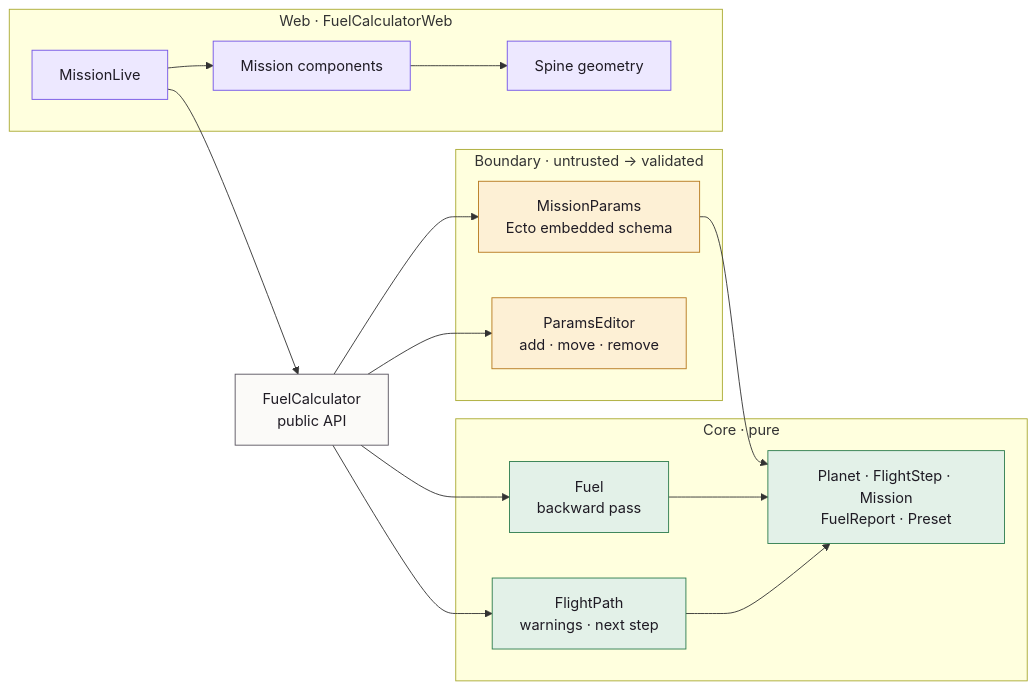
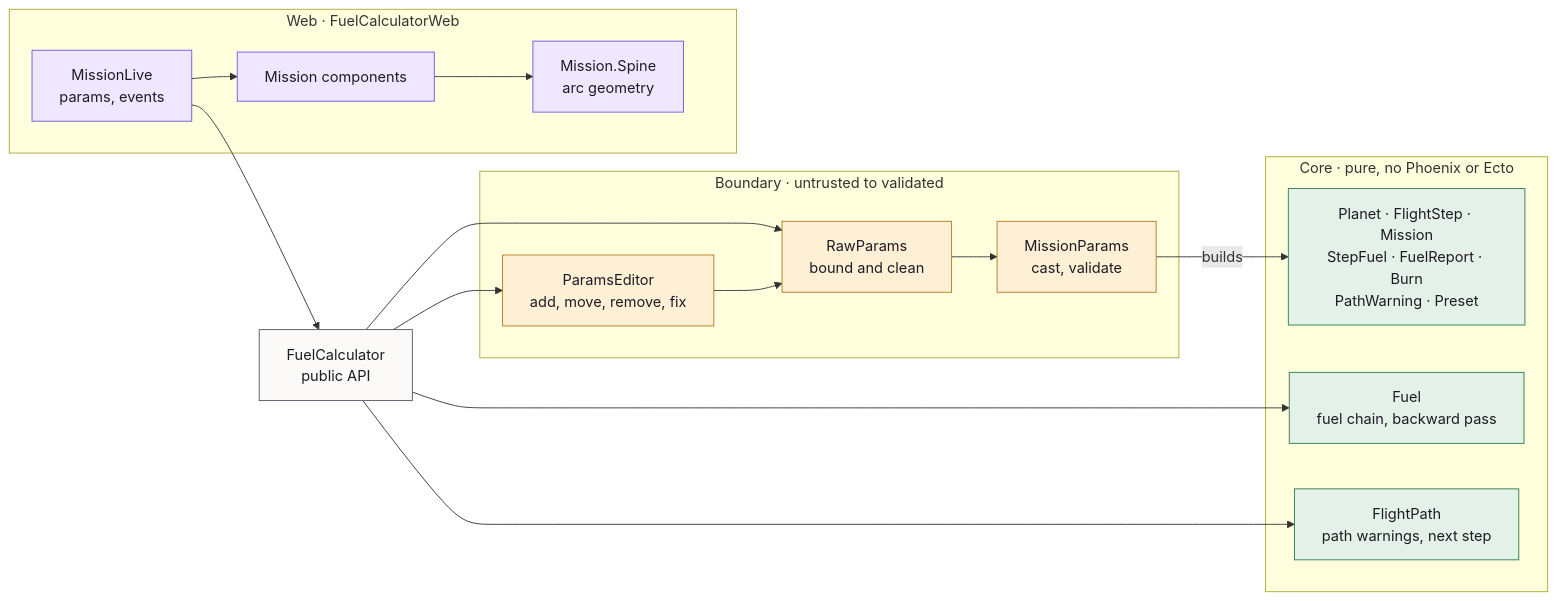
Before and after one commit to mariuszzak/fuel_calculator: the second of 3 diagrams in README.md, drawn with Mermaid. The commit also changed other lines of this file and 4 other files, not shown here.

````diff
--- a/README.md
+++ b/README.md
@@ -78,29 +113,37 @@
 ```mermaid
 flowchart LR
     classDef web fill:#EDE8FF,stroke:#7354E8,color:#1F1B24
-    classDef ctx fill:#FBFAF8,stroke:#5A5560,color:#1F1B24
+    classDef api fill:#FBFAF8,stroke:#5A5560,color:#1F1B24
     classDef bnd fill:#FDF0D5,stroke:#B7791F,color:#1F1B24
     classDef core fill:#E3F1E8,stroke:#2E7D4F,color:#1F1B24
 
-    subgraph Web["Web · FuelCalculatorWeb"]
-        LV[MissionLive]:::web --> C[Mission components]:::web
-        C --> SP[Spine geometry]:::web
+    subgraph web_layer["Web · FuelCalculatorWeb"]
+        LV["MissionLive<br/>params, events"]:::web
+        C["Mission components"]:::web
+        SP["Mission.Spine<br/>arc geometry"]:::web
+        LV --> C --> SP
     end
-    LV --> API[FuelCalculator<br/>public API]:::ctx
-    subgraph Boundary["Boundary · untrusted → validated"]
-        MP[MissionParams<br/>Ecto embedded schema]:::bnd
-        PE[ParamsEditor<br/>add · move · remove]:::bnd
+
+    API["FuelCalculator<br/>public API"]:::api
+    LV --> API
+
+    subgraph boundary["Boundary · untrusted to validated"]
+        RP["RawParams<br/>bound and clean"]:::bnd
+        MP["MissionParams<br/>cast, validate"]:::bnd
+        PE["ParamsEditor<br/>add, move, remove, fix"]:::bnd
+        RP --> MP
+        PE --> RP
     end
-    subgraph Core["Core · pure"]
-        F[Fuel<br/>backward pass]:::core
-        FP[FlightPath<br/>warnings · next step]:::core
-        T[Planet · FlightStep · Mission<br/>FuelReport · Preset]:::core
+
+    subgraph core["Core · pure, no Phoenix or Ecto"]
+        F["Fuel<br/>fuel chain, backward pass"]:::core
+        FP["FlightPath<br/>path warnings, next step"]:::core
+        T["Planet · FlightStep · Mission<br/>StepFuel · FuelReport · Burn<br/>PathWarning · Preset"]:::core
     end
-    API --> MP
+
+    API --> RP
     API --> PE
     API --> F
     API --> FP
-    MP --> T
-    F --> T
-    FP --> T
+    MP -- "builds" --> T
 ```
````
